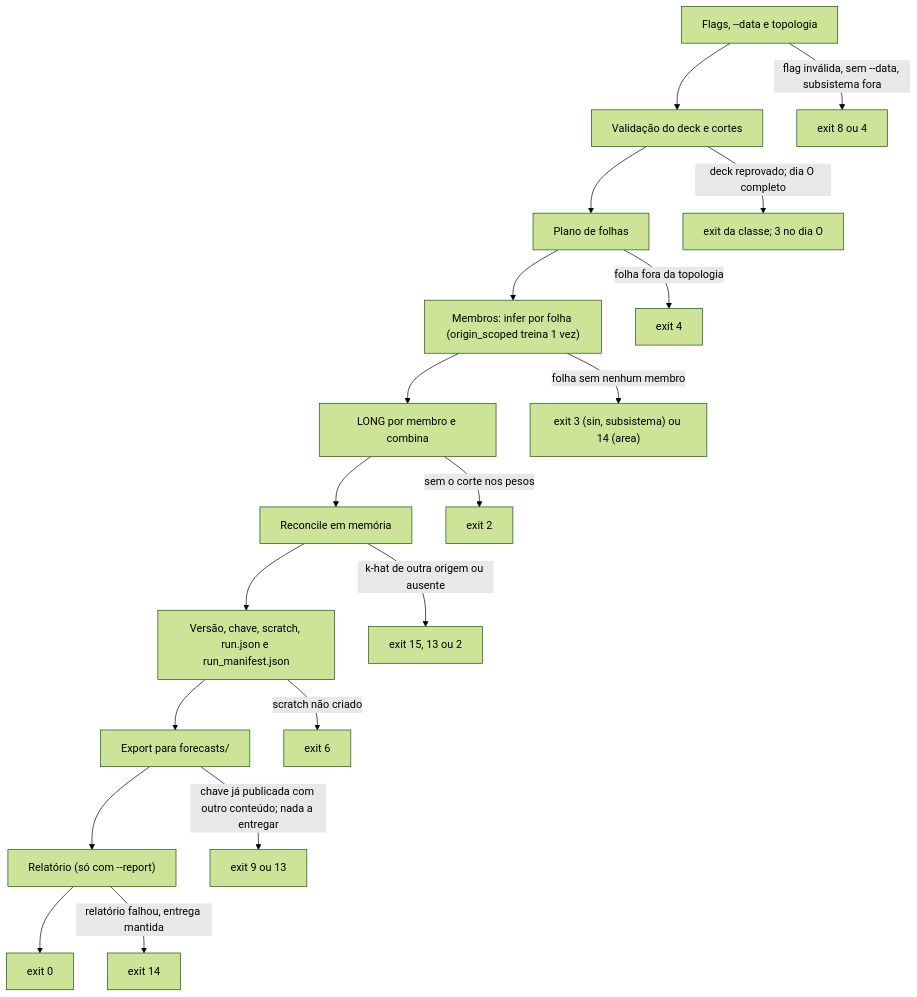
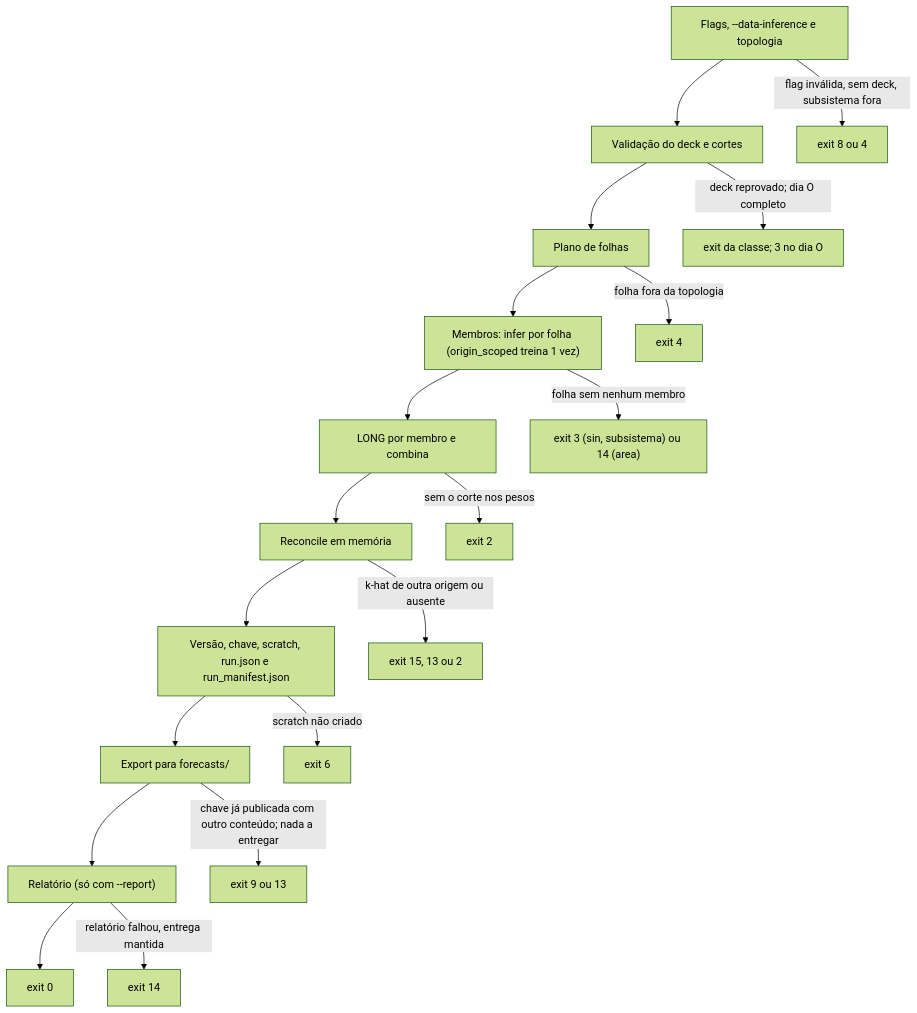
One commit to ONSBR/prevcarga changed the diagram in website/docs/execucao/08-rodada-diaria.mdx. Above: the diagram before and after it, drawn with Mermaid (forest theme). The commit also changed other lines of this file and 19 other files, not shown here.

````diff
--- a/website/docs/execucao/08-rodada-diaria.mdx
+++ b/website/docs/execucao/08-rodada-diaria.mdx
@@ -130,21 +130,21 @@
 ```mermaid
 flowchart TB
-  F["Flags, --data e topologia"]:::fundacao --> G["Validação do deck e cortes"]:::corte
+  F["Flags, --data-inference e topologia"]:::fundacao --> G["Validação do deck e cortes"]:::corte
   G --> P["Plano de folhas"]:::fundacao
   P --> M["Membros: infer por folha (origin_scoped treina 1 vez)"]:::plugin
   M --> C["LONG por membro e combina"]:::fundacao
   C --> R["Reconcile em memória"]:::fundacao
   R --> K["Versão, chave, scratch, run.json e run_manifest.json"]:::fundacao
   K --> E["Export para forecasts/"]:::fundacao
   E --> Q["Relatório (só com --report)"]:::fundacao
   Q --> OK["exit 0"]
-  F -->|"flag inválida, sem --data, subsistema fora"| X8["exit 8 ou 4"]:::erro
+  F -->|"flag inválida, sem deck, subsistema fora"| X8["exit 8 ou 4"]:::erro
   G -->|"deck reprovado; dia O completo"| X3["exit da classe; 3 no dia O"]:::erro
   P -->|"folha fora da topologia"| X4["exit 4"]:::erro
   M -->|"folha sem nenhum membro"| X3b["exit 3 (sin, subsistema) ou 14 (area)"]:::erro
   C -->|"sem o corte nos pesos"| X13b["exit 2"]:::erro
   R -->|"k-hat de outra origem ou ausente"| X15["exit 15, 13 ou 2"]:::erro
   K -->|"scratch não criado"| X6["exit 6"]:::erro
   E -->|"chave já publicada com outro conteúdo; nada a entregar"| X9["exit 9 ou 13"]:::erro
   Q -->|"relatório falhou, entrega mantida"| X14["exit 14"]:::erro
 ```
````
